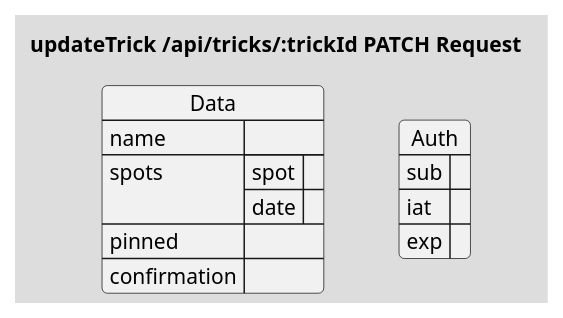
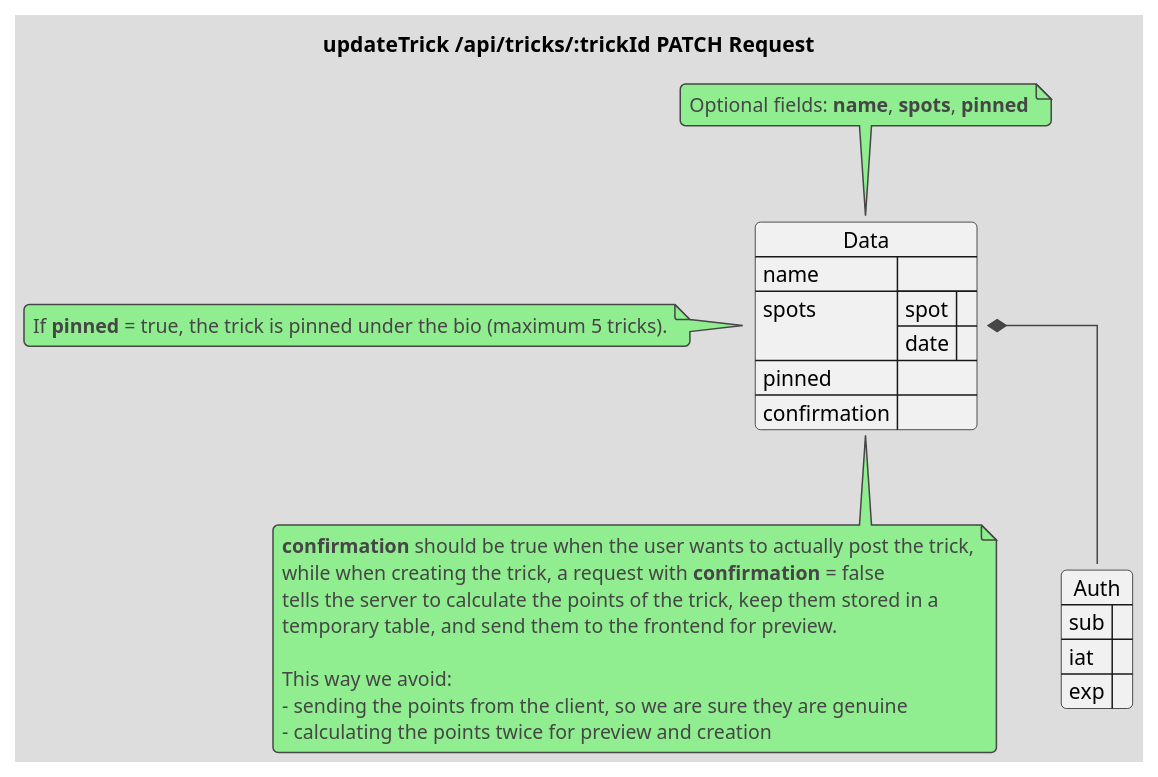
One commit to crah-app/diagrams changed the first of 2 diagrams in api/src/Tricks/:trickId/PATCH/updateTrick.puml. Above: the diagram before and after it, drawn with PlantUML. The commit also changed other lines of this file and 5 other files, not shown here.

Commit message:
Added notes in Tricks diagrams

```diff
--- a/api/src/Tricks/:trickId/PATCH/updateTrick.puml
+++ b/api/src/Tricks/:trickId/PATCH/updateTrick.puml
@@ -1,26 +1,48 @@
 @startuml updateTrick-Request
 !theme toy
+skinparam linetype ortho
 title "updateTrick /api/tricks/:trickId PATCH Request"
 
 json Data {
     ' Optional
     "name": "",
     ' Optional
     "spots": [
         {
             "spot": "",
             "date": ""
         }
     ],
     ' Optional (If true pins the trick under the bio, max 5)
     "pinned": "",
     ' Look at `Tricks/POST/addNewTrick.puml` for explanations
     "confirmation": ""
 }
+note top of Data
+    Optional fields: **name**, **spots**, **pinned**
+end note
+
+note left of Data
+    If **pinned** = true, the trick is pinned under the bio (maximum 5 tricks).
+end note
+
+note bottom of Data
+    **confirmation** should be true when the user wants to actually post the trick,
+    while when creating the trick, a request with **confirmation** = false 
+    tells the server to calculate the points of the trick, keep them stored in a 
+    temporary table, and send them to the frontend for preview.
+    
+    This way we avoid:
+    - sending the points from the client, so we are sure they are genuine
+    - calculating the points twice for preview and creation
+end note
 
 json Auth {
     "sub": "",
     "iat": "",
     "exp": ""
 }
+
+Data *-- Auth
+
 @enduml
```
